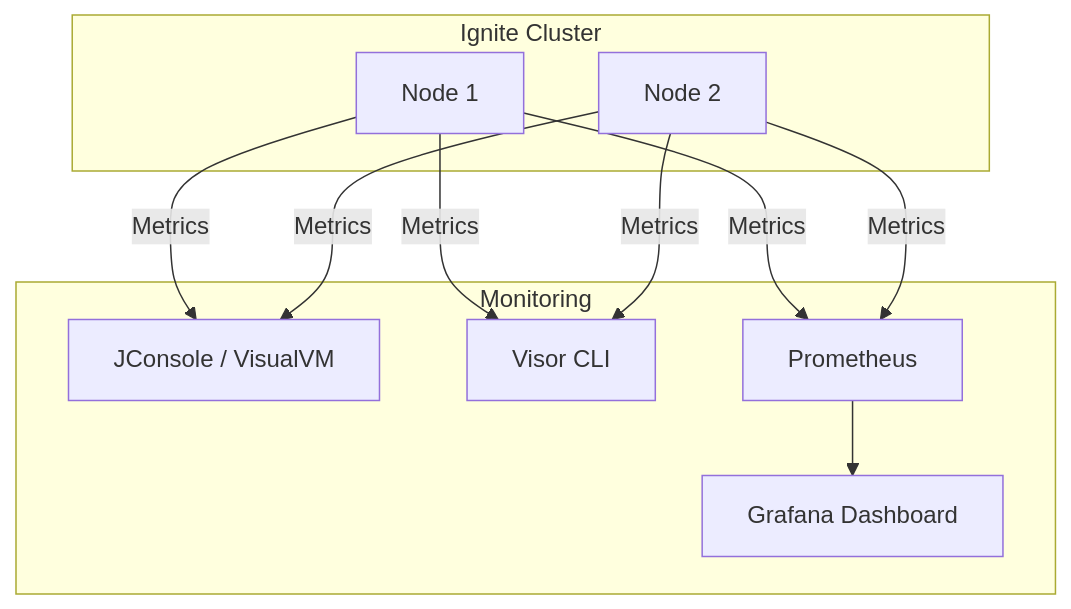
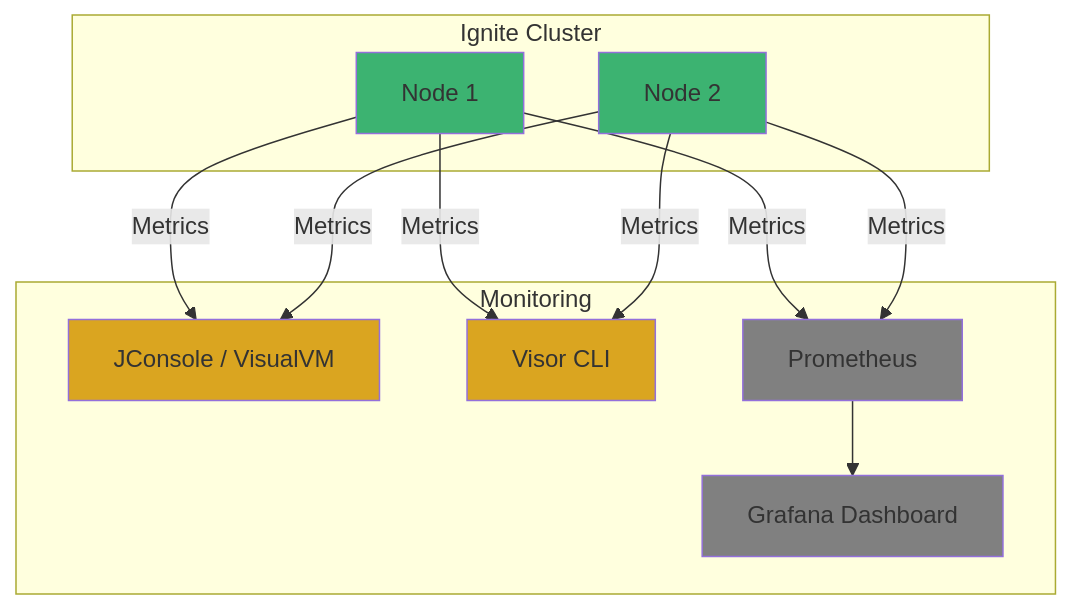
Before and after one commit to JadenMeister/Ignite-redis-theory: the second of 2 diagrams in chapters/chapter5.md, drawn with Mermaid. The commit also changed other lines of this file and 4 other files, not shown here.

````diff
--- a/chapters/chapter5.md
+++ b/chapters/chapter5.md
@@ -96,21 +100,27 @@
 ```mermaid
 graph TD
     subgraph Ignite Cluster
         N1[Node 1]
         N2[Node 2]
     end
 
     subgraph Monitoring
         JMX[JConsole / VisualVM]
         CLI[Visor CLI]
         P[Prometheus] --> G[Grafana Dashboard]
     end
 
     N1 -- "Metrics" --> JMX
     N1 -- "Metrics" --> CLI
     N1 -- "Metrics" --> P
-
     N2 -- "Metrics" --> JMX
     N2 -- "Metrics" --> CLI
     N2 -- "Metrics" --> P
+
+    style N1 fill:#3cb371
+    style N2 fill:#3cb371
+    style JMX fill:#daa520
+    style CLI fill:#daa520
+    style P fill:#808080
+    style G fill:#808080
 ```
````
